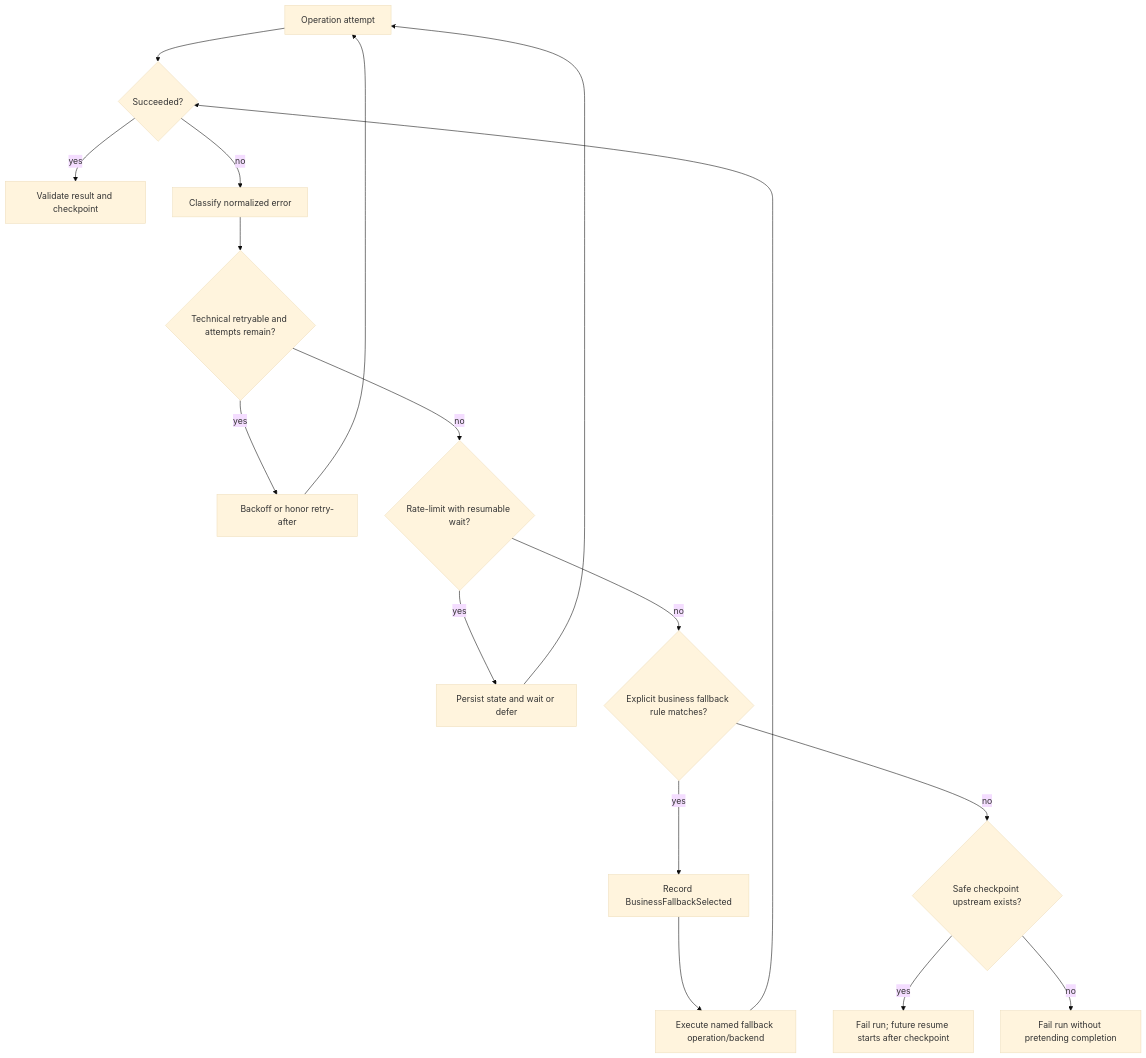
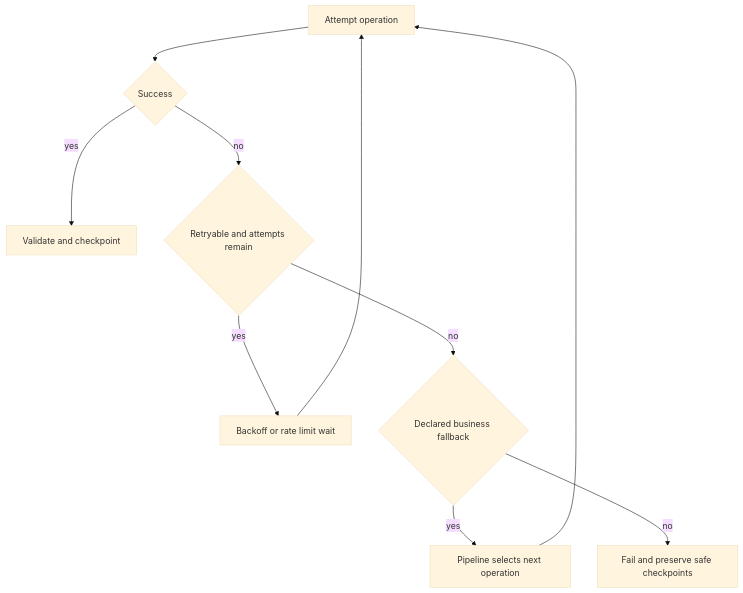
The ninth of 9 diagrams in docs/typed-pipeline-architecture.md (apue/yt2notion), drawn with Mermaid (base theme) before and after one commit. The commit also changed other lines of this file and 1 other file, not shown here.

First line of the commit message:
docs: refocus typed pipeline architecture

````diff
--- a/docs/typed-pipeline-architecture.md
+++ b/docs/typed-pipeline-architecture.md
@@ -570,19 +325,12 @@
 ```mermaid
 flowchart TD
-    CALL[Operation attempt] --> OK{Succeeded?}
-    OK -->|yes| SAVE[Validate result and checkpoint]
-    OK -->|no| CLASS[Classify normalized error]
-    CLASS --> RET{Technical retryable and attempts remain?}
-    RET -->|yes| WAIT[Backoff or honor retry-after]
-    WAIT --> CALL
-    RET -->|no| RATE{Rate-limit with resumable wait?}
-    RATE -->|yes| STATE[Persist state and wait or defer]
-    STATE --> CALL
-    RATE -->|no| FB{Explicit business fallback rule matches?}
-    FB -->|yes| EVENT[Record BusinessFallbackSelected]
-    EVENT --> NEXT[Execute named fallback operation/backend]
-    NEXT --> OK
-    FB -->|no| REC{Safe checkpoint upstream exists?}
-    REC -->|yes| FAILR[Fail run; future resume starts after checkpoint]
-    REC -->|no| FAIL[Fail run without pretending completion]
+    TRY[Attempt operation] --> OK{Success}
+    OK -->|yes| VALID[Validate and checkpoint]
+    OK -->|no| RETRY{Retryable and attempts remain}
+    RETRY -->|yes| WAIT[Backoff or rate limit wait]
+    WAIT --> TRY
+    RETRY -->|no| FALLBACK{Declared business fallback}
+    FALLBACK -->|yes| NEXT[Pipeline selects next operation]
+    NEXT --> TRY
+    FALLBACK -->|no| FAIL[Fail and preserve safe checkpoints]
 ```
````
